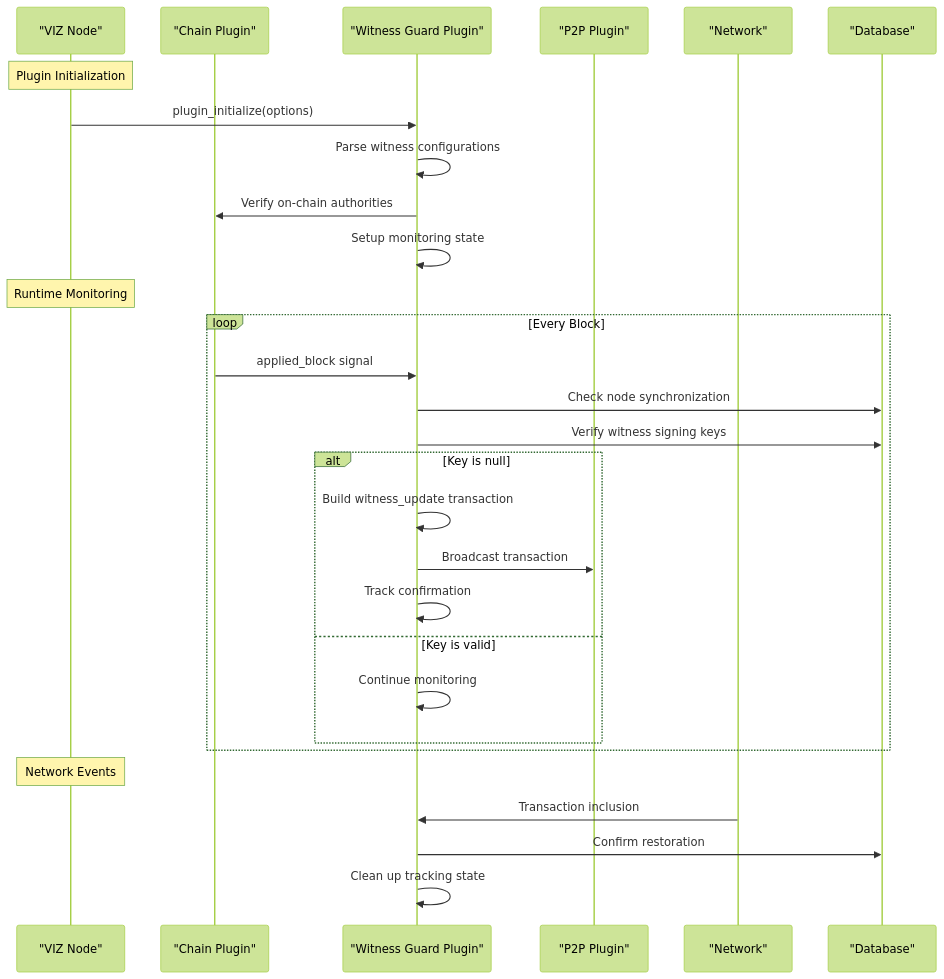
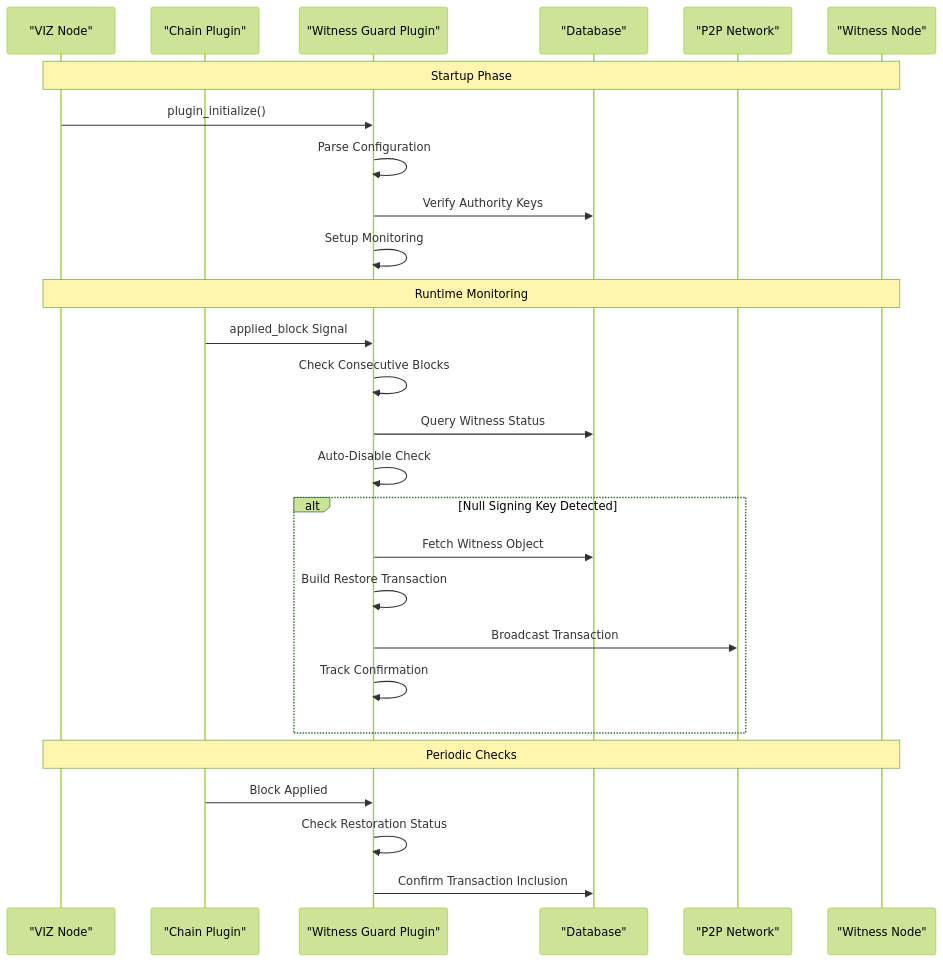
Before and after one commit to VIZ-Blockchain/viz-cpp-node: the second of 4 diagrams in .qoder/repowiki/en/content/Plugin System/Witness Guard Plugin.md, drawn with Mermaid (forest theme). The commit also changed other lines of this file and 4 other files, not shown here.

````diff
--- a/.qoder/repowiki/en/content/Plugin System/Witness Guard Plugin.md
+++ b/.qoder/repowiki/en/content/Plugin System/Witness Guard Plugin.md
@@ -92,31 +96,29 @@
 ```mermaid
 sequenceDiagram
 participant Node as "VIZ Node"
 participant Chain as "Chain Plugin"
 participant Guard as "Witness Guard Plugin"
-participant P2P as "P2P Plugin"
-participant Network as "Network"
 participant DB as "Database"
-Note over Node : Plugin Initialization
-Node->>Guard : plugin_initialize(options)
-Guard->>Guard : Parse witness configurations
-Guard->>Chain : Verify on-chain authorities
-Guard->>Guard : Setup monitoring state
-Note over Node : Runtime Monitoring
-loop Every Block
-Chain->>Guard : applied_block signal
-Guard->>DB : Check node synchronization
-Guard->>DB : Verify witness signing keys
-alt Key is null
-Guard->>Guard : Build witness_update transaction
-Guard->>P2P : Broadcast transaction
-Guard->>Guard : Track confirmation
-else Key is valid
-Guard->>Guard : Continue monitoring
+participant P2P as "P2P Network"
+participant Witness as "Witness Node"
+Note over Node,Witness : Startup Phase
+Node->>Guard : plugin_initialize()
+Guard->>Guard : Parse Configuration
+Guard->>DB : Verify Authority Keys
+Guard->>Guard : Setup Monitoring
+Note over Node,Witness : Runtime Monitoring
+Chain->>Guard : applied_block Signal
+Guard->>Guard : Check Consecutive Blocks
+Guard->>DB : Query Witness Status
+Guard->>Guard : Auto-Disable Check
+alt Null Signing Key Detected
+Guard->>DB : Fetch Witness Object
+Guard->>Guard : Build Restore Transaction
+Guard->>P2P : Broadcast Transaction
+Guard->>Guard : Track Confirmation
 end
-end
-Note over Node : Network Events
-Network->>Guard : Transaction inclusion
-Guard->>DB : Confirm restoration
-Guard->>Guard : Clean up tracking state
+Note over Node,Witness : Periodic Checks
+Chain->>Guard : Block Applied
+Guard->>Guard : Check Restoration Status
+Guard->>DB : Confirm Transaction Inclusion
 ```
````
